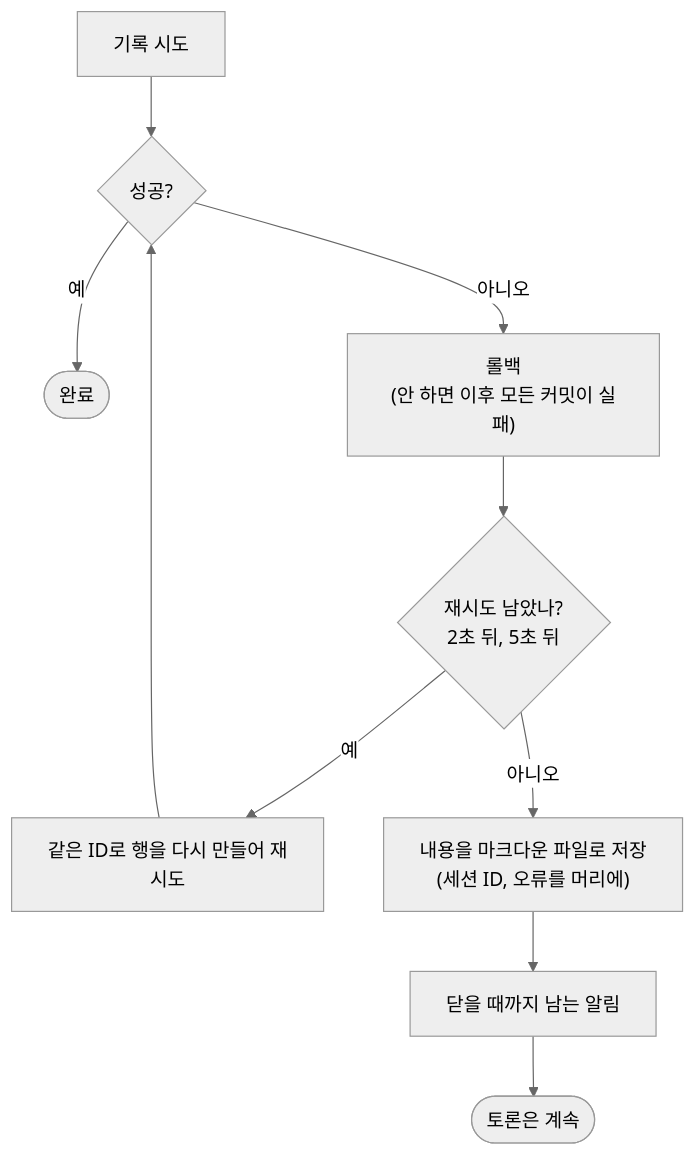
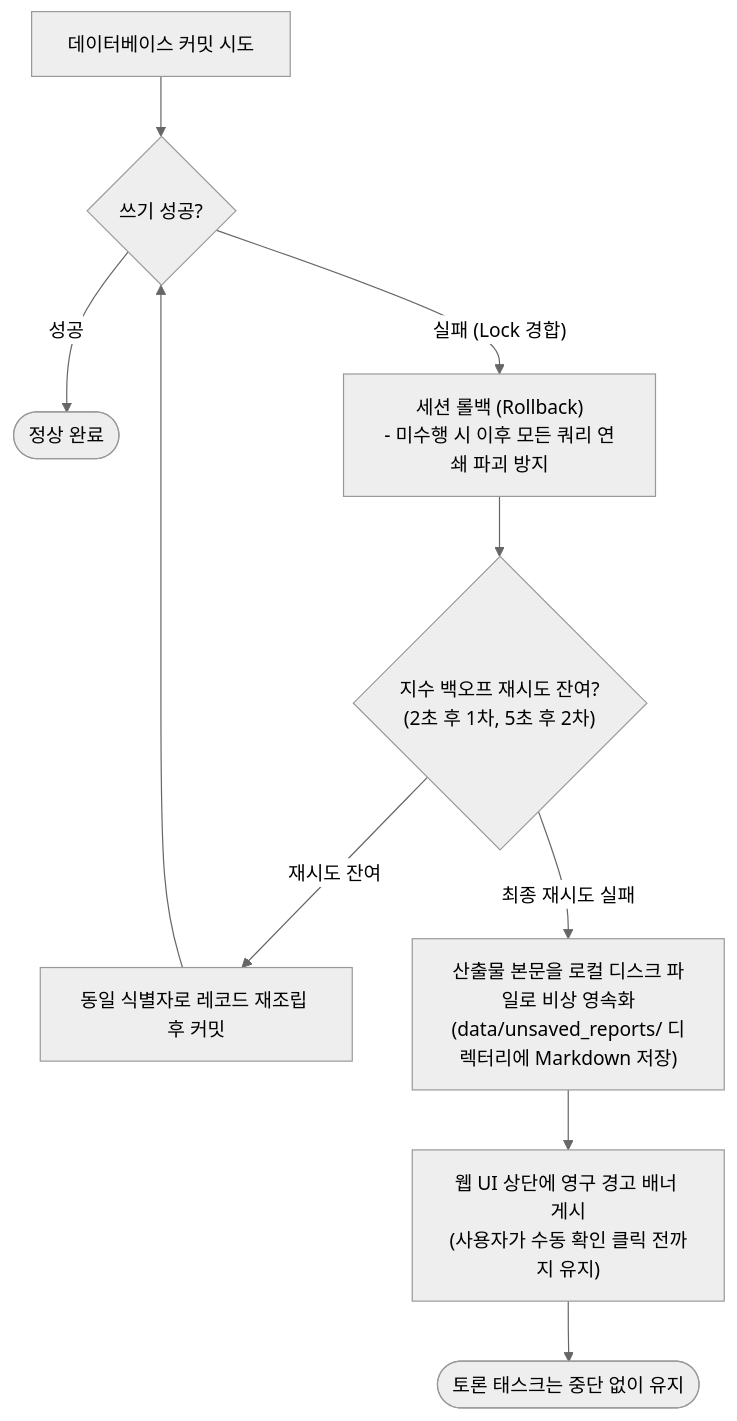
One commit to HaJaehee/MultiAgentDebateAndOrchestrationPlatform changed the diagram in lectures/04-core-techniques/06-persistence.md. Above: the diagram before and after it, drawn with Mermaid (neutral theme). The commit also changed other lines of this file and 39 other files, not shown here.

````diff
--- a/lectures/04-core-techniques/06-persistence.md
+++ b/lectures/04-core-techniques/06-persistence.md
@@ -159,12 +141,12 @@
 ```mermaid
 flowchart TB
-    w["기록 시도"] --> ok{"성공?"}
-    ok -->|"예"| done(["완료"])
-    ok -->|"아니오"| rb["롤백<br/>(안 하면 이후 모든 커밋이 실패)"]
-    rb --> retry{"재시도 남았나?<br/>2초 뒤, 5초 뒤"}
-    retry -->|"예"| rebuild["같은 ID로 행을 다시 만들어 재시도"]
+    w["데이터베이스 커밋 시도"] --> ok{"쓰기 성공?"}
+    ok -->|"성공"| done(["정상 완료"])
+    ok -->|"실패 (Lock 경합)"| rb["세션 롤백 (Rollback)<br/>- 미수행 시 이후 모든 쿼리 연쇄 파괴 방지"]
+    rb --> retry{"지수 백오프 재시도 잔여?<br/>(2초 후 1차, 5초 후 2차)"}
+    retry -->|"재시도 잔여"| rebuild["동일 식별자로 레코드 재조립 후 커밋"]
     rebuild --> ok
-    retry -->|"아니오"| file["내용을 마크다운 파일로 저장<br/>(세션 ID, 오류를 머리에)"]
-    file --> notify["닫을 때까지 남는 알림"]
-    notify --> cont(["토론은 계속"])
+    retry -->|"최종 재시도 실패"| file["산출물 본문을 로컬 디스크 파일로 비상 영속화<br/>(data/unsaved_reports/ 디렉터리에 Markdown 저장)"]
+    file --> notify["웹 UI 상단에 영구 경고 배너 게시<br/>(사용자가 수동 확인 클릭 전까지 유지)"]
+    notify --> cont(["토론 태스크는 중단 없이 유지"])
 ```
````
